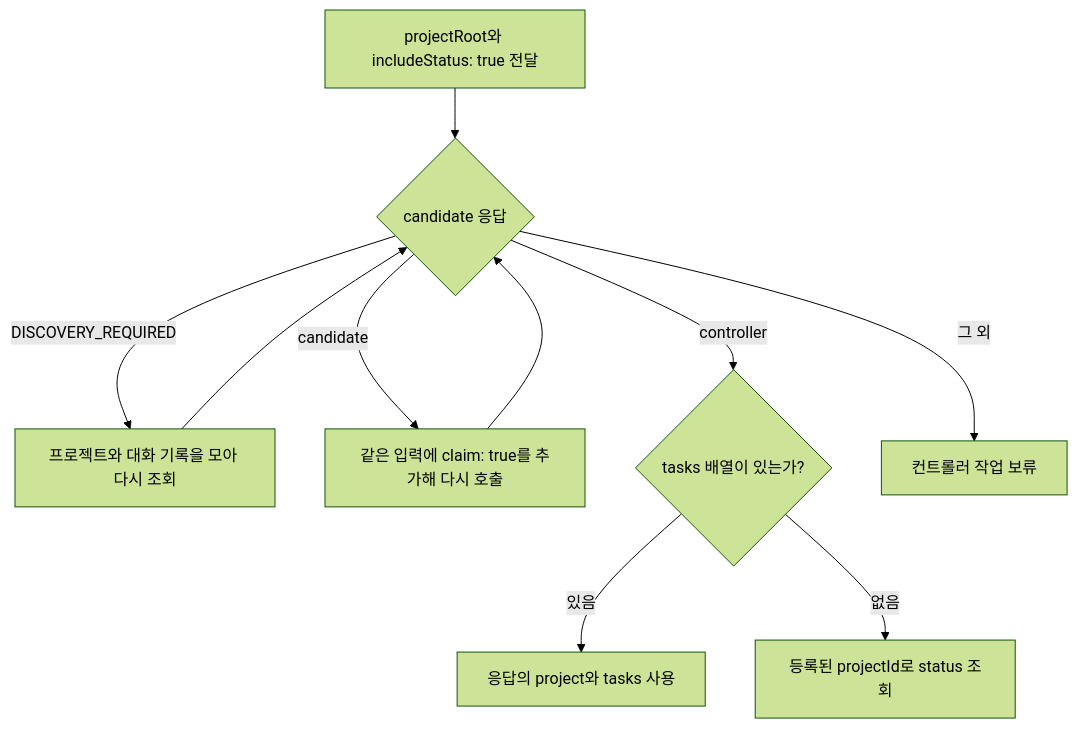
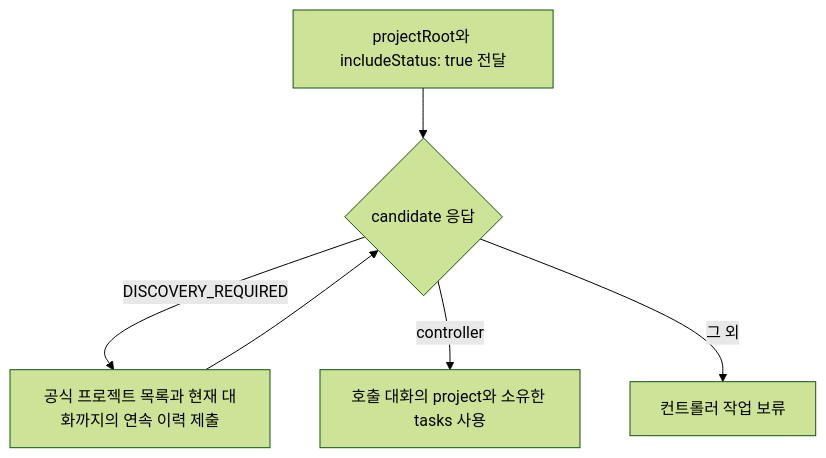
One commit to tttaliesin/personal-harness changed the diagram in packages/worker-orchestrator/workflows/controller.md. Above: the diagram before and after it, drawn with Mermaid (forest theme). The commit also changed other lines of this file and 37 other files, not shown here.

````diff
--- a/packages/worker-orchestrator/workflows/controller.md
+++ b/packages/worker-orchestrator/workflows/controller.md
@@ -93,12 +95,8 @@
 ```mermaid
 flowchart TD
     Lookup["projectRoot와 includeStatus: true 전달"] --> Result{"candidate 응답"}
-    Result -->|DISCOVERY_REQUIRED| History["프로젝트와 대화 기록을 모아 다시 조회"]
+    Result -->|DISCOVERY_REQUIRED| History["공식 프로젝트 목록과 현재 대화까지의 연속 이력 제출"]
     History --> Result
-    Result -->|candidate| Claim["같은 입력에 claim: true를 추가해 다시 호출"]
-    Claim --> Result
-    Result -->|controller| Tasks{"tasks 배열이 있는가?"}
-    Tasks -->|있음| Snapshot["응답의 project와 tasks 사용"]
-    Tasks -->|없음| Status["등록된 projectId로 status 조회"]
+    Result -->|controller| Snapshot["호출 대화의 project와 소유한 tasks 사용"]
     Result -->|그 외| Hold["컨트롤러 작업 보류"]
 ```
````
